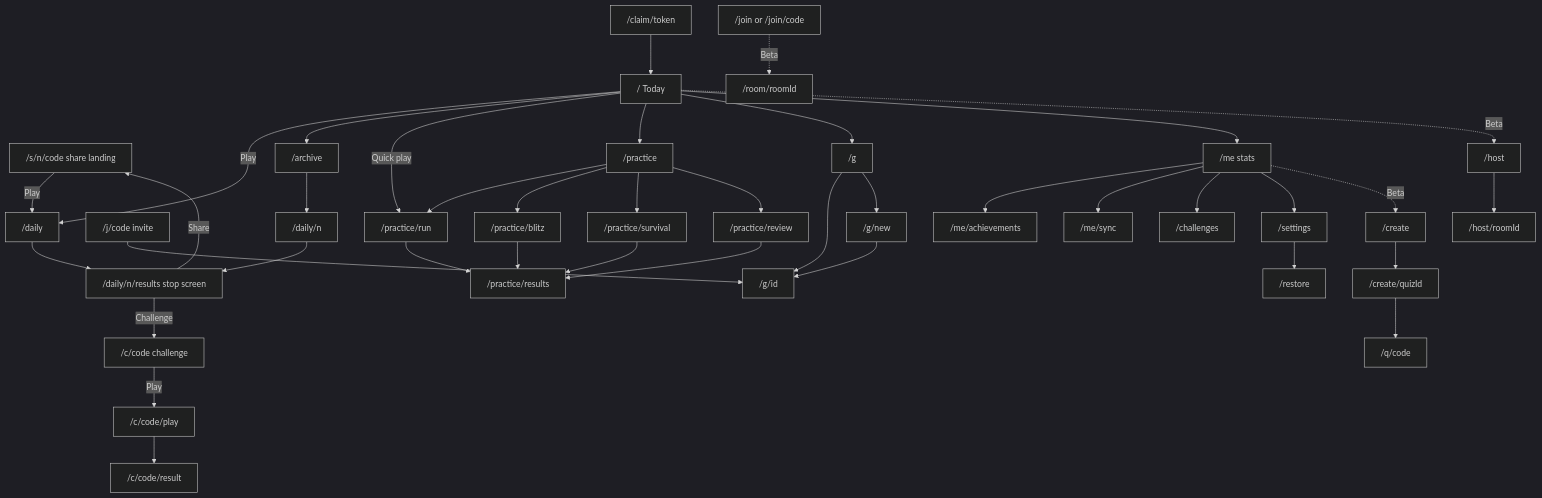
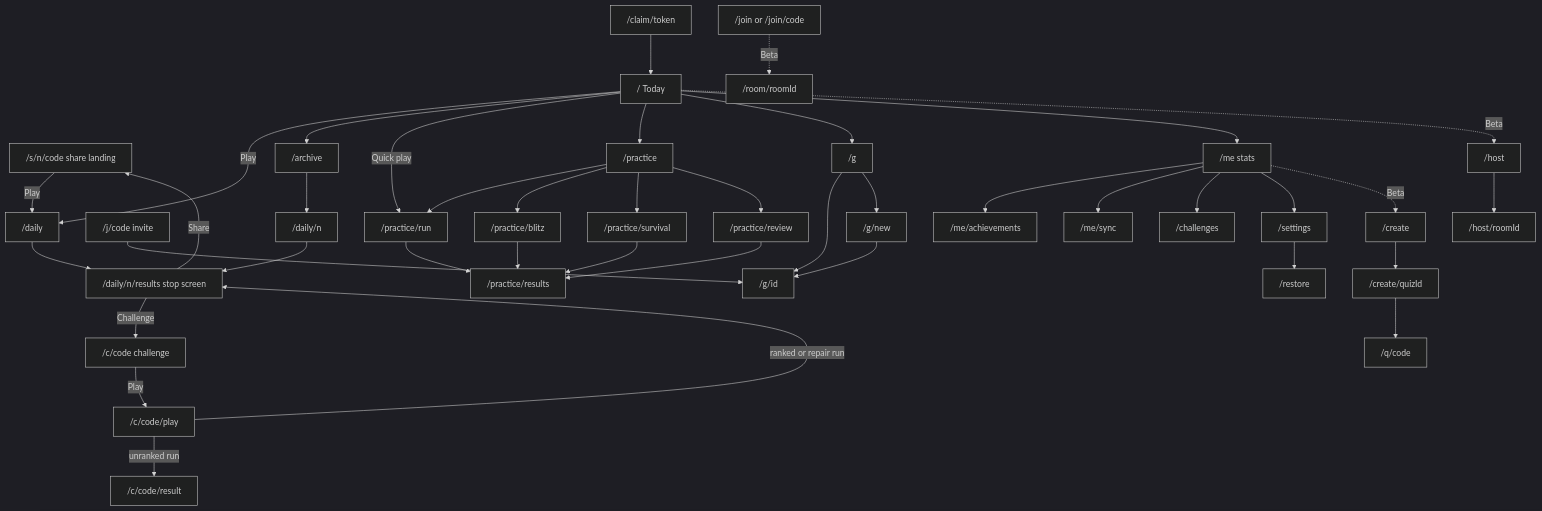
One commit to olivercrane-17/quiz-web-app changed the diagram in docs/PRD.md. Above: the diagram before and after it, drawn with Mermaid (dark theme). The commit also changed other lines of this file and 102 other files, not shown here.

````diff
--- a/docs/PRD.md
+++ b/docs/PRD.md
@@ -1878,26 +2089,27 @@
 ```mermaid
 flowchart TD
   ShareLanding["/s/n/code share landing"] -->|Play| Daily
-  ChallengeLanding["/c/code challenge"] -->|Play| ChallengePlay["/c/code/play"] --> HeadToHead["/c/code/result"]
+  ChallengeLanding["/c/code challenge"] -->|Play| ChallengePlay["/c/code/play"] -->|unranked run| HeadToHead["/c/code/result"]
+  ChallengePlay -->|ranked or repair run| Stop
   GroupInvite["/j/code invite"] --> GroupBoard
   Home["/ Today"] -->|Play| Daily["/daily"] --> Stop["/daily/n/results stop screen"]
   Home --> Archive["/archive"] --> ArchivePlay["/daily/n"] --> Stop
   Home -->|Quick play| PracticeRun["/practice/run"] --> PracticeResults["/practice/results"]
   Home --> Practice["/practice"] --> PracticeRun
   Practice --> Blitz["/practice/blitz"] --> PracticeResults
   Practice --> Survival["/practice/survival"] --> PracticeResults
   Practice --> Review["/practice/review"] --> PracticeResults
   Home --> Groups["/g"] --> GroupBoard["/g/id"]
   Groups --> NewGroup["/g/new"] --> GroupBoard
   Home --> Me["/me stats"] --> Achievements["/me/achievements"]
   Me --> Sync["/me/sync"]
   Me --> Challenges["/challenges"]
   Me --> Settings["/settings"] --> Restore["/restore"]
   Stop -->|Challenge| ChallengeLanding
   Stop -->|Share| ShareLanding
   Home -.->|Beta| Host["/host"] --> HostScreen["/host/roomId"]
   JoinPage["/join or /join/code"] -.->|Beta| RoomPhone["/room/roomId"]
   Me -.->|Beta| Create["/create"] --> Editor["/create/quizId"]
   Editor --> QuizLanding["/q/code"]
   Claim["/claim/token"] --> Home
 ```
````
